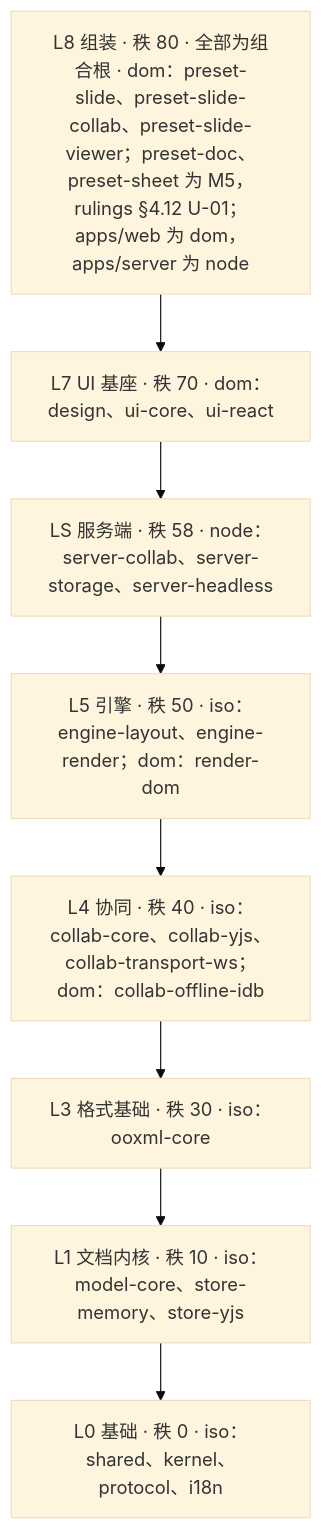
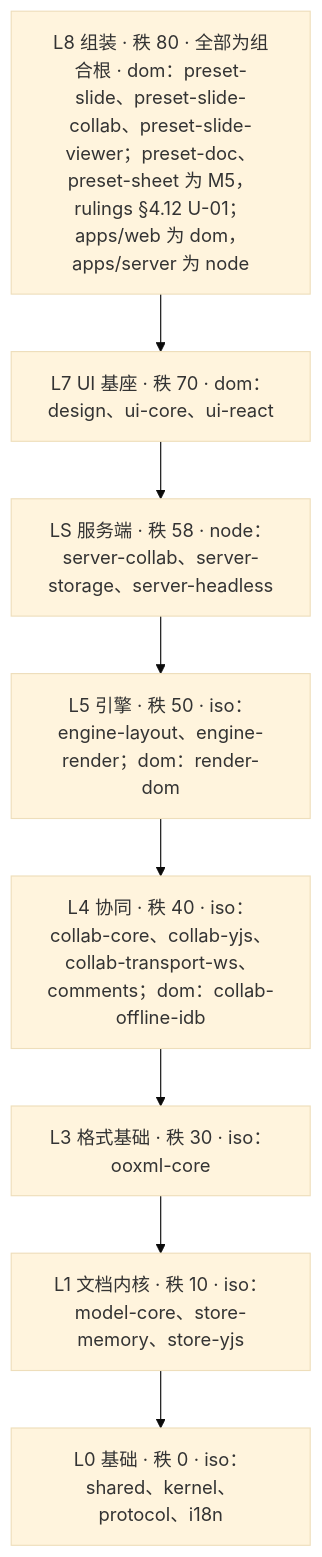
One commit to Xeonice/cordis-ppt-editor changed the fourth of 18 diagrams in docs/00-charter/charter.md. Above: the diagram before and after it, drawn with Mermaid (base theme). The commit also changed other lines of this file and 79 other files, not shown here.

````diff
--- a/docs/00-charter/charter.md
+++ b/docs/00-charter/charter.md
@@ -231,12 +231,12 @@
 ```mermaid
 flowchart TB
   L8["L8 组装 · 秩 80 · 全部为组合根 · dom：preset-slide、preset-slide-collab、preset-slide-viewer；preset-doc、preset-sheet 为 M5，rulings §4.12 U-01；apps/web 为 dom，apps/server 为 node"]
   L7["L7 UI 基座 · 秩 70 · dom：design、ui-core、ui-react"]
   LS["LS 服务端 · 秩 58 · node：server-collab、server-storage、server-headless"]
   L5["L5 引擎 · 秩 50 · iso：engine-layout、engine-render；dom：render-dom"]
-  L4["L4 协同 · 秩 40 · iso：collab-core、collab-yjs、collab-transport-ws；dom：collab-offline-idb"]
+  L4["L4 协同 · 秩 40 · iso：collab-core、collab-yjs、collab-transport-ws、comments；dom：collab-offline-idb"]
   L3["L3 格式基础 · 秩 30 · iso：ooxml-core"]
   L1["L1 文档内核 · 秩 10 · iso：model-core、store-memory、store-yjs"]
   L0["L0 基础 · 秩 0 · iso：shared、kernel、protocol、i18n"]
   L8 --> L7 --> LS --> L5 --> L4 --> L3 --> L1 --> L0
 ```
````
